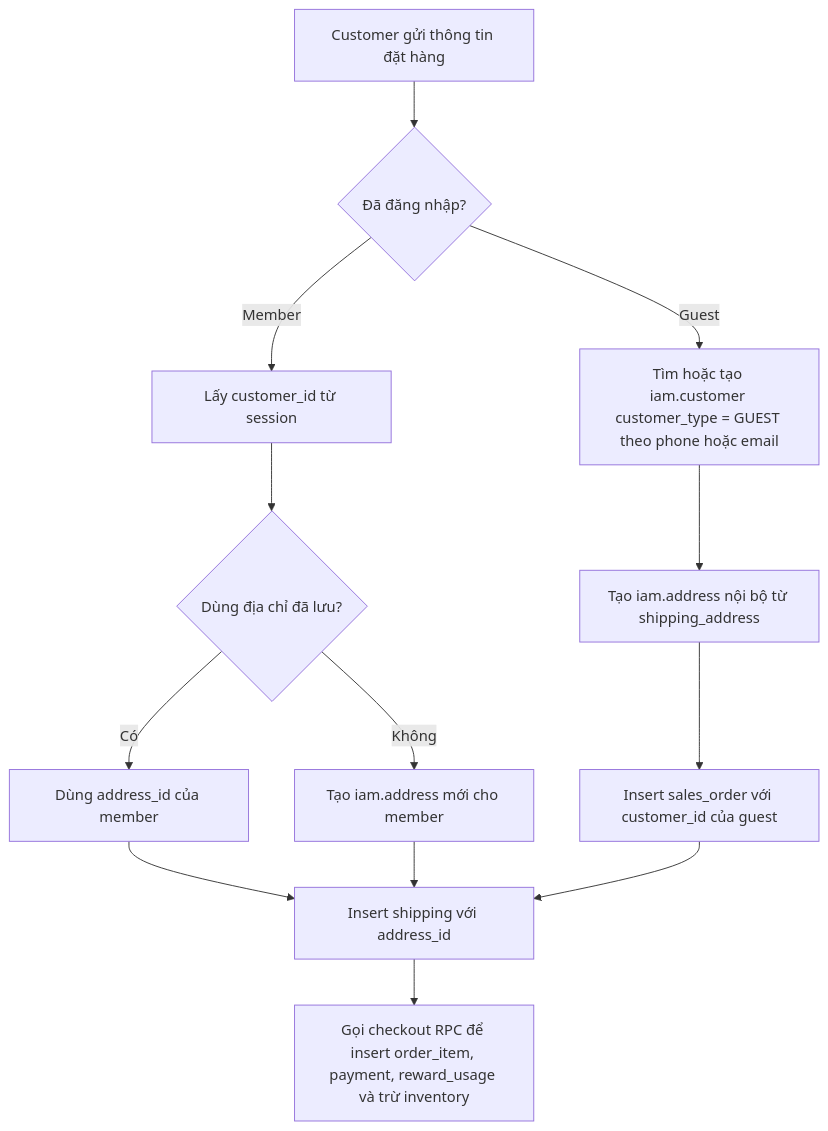
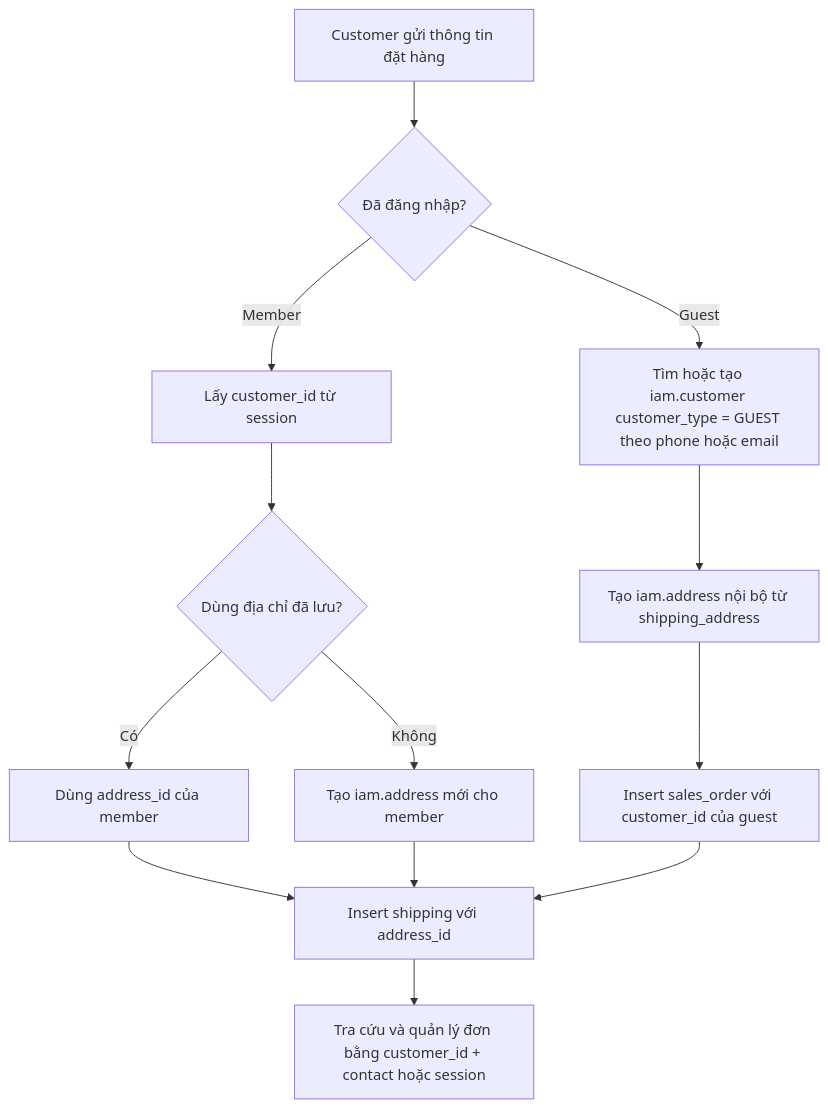
The third of 13 diagrams in docs/diagrams/activity_diagram.md (pamern/xeoxo-web-dev), drawn with Mermaid before and after one commit. The commit also changed other lines of this file and 5 other files, not shown here.

````diff
--- a/docs/diagrams/activity_diagram.md
+++ b/docs/diagrams/activity_diagram.md
@@ -28,15 +64,15 @@
 ```mermaid
 flowchart TD
   A[Customer gửi thông tin đặt hàng] --> B{Đã đăng nhập?}
   B -->|Member| C[Lấy customer_id từ session]
   B -->|Guest| D[Tìm hoặc tạo iam.customer customer_type = GUEST theo phone hoặc email]
   C --> E{Dùng địa chỉ đã lưu?}
   D --> F[Tạo iam.address nội bộ từ shipping_address]
   E -->|Có| G[Dùng address_id của member]
   E -->|Không| H[Tạo iam.address mới cho member]
   F --> I[Insert sales_order với customer_id của guest]
   G --> J[Insert shipping với address_id]
   H --> J
   I --> J
-  J --> K[Gọi checkout RPC để insert order_item, payment, reward_usage và trừ inventory]
+  J --> K[Tra cứu và quản lý đơn bằng customer_id + contact hoặc session]
 ```
````
